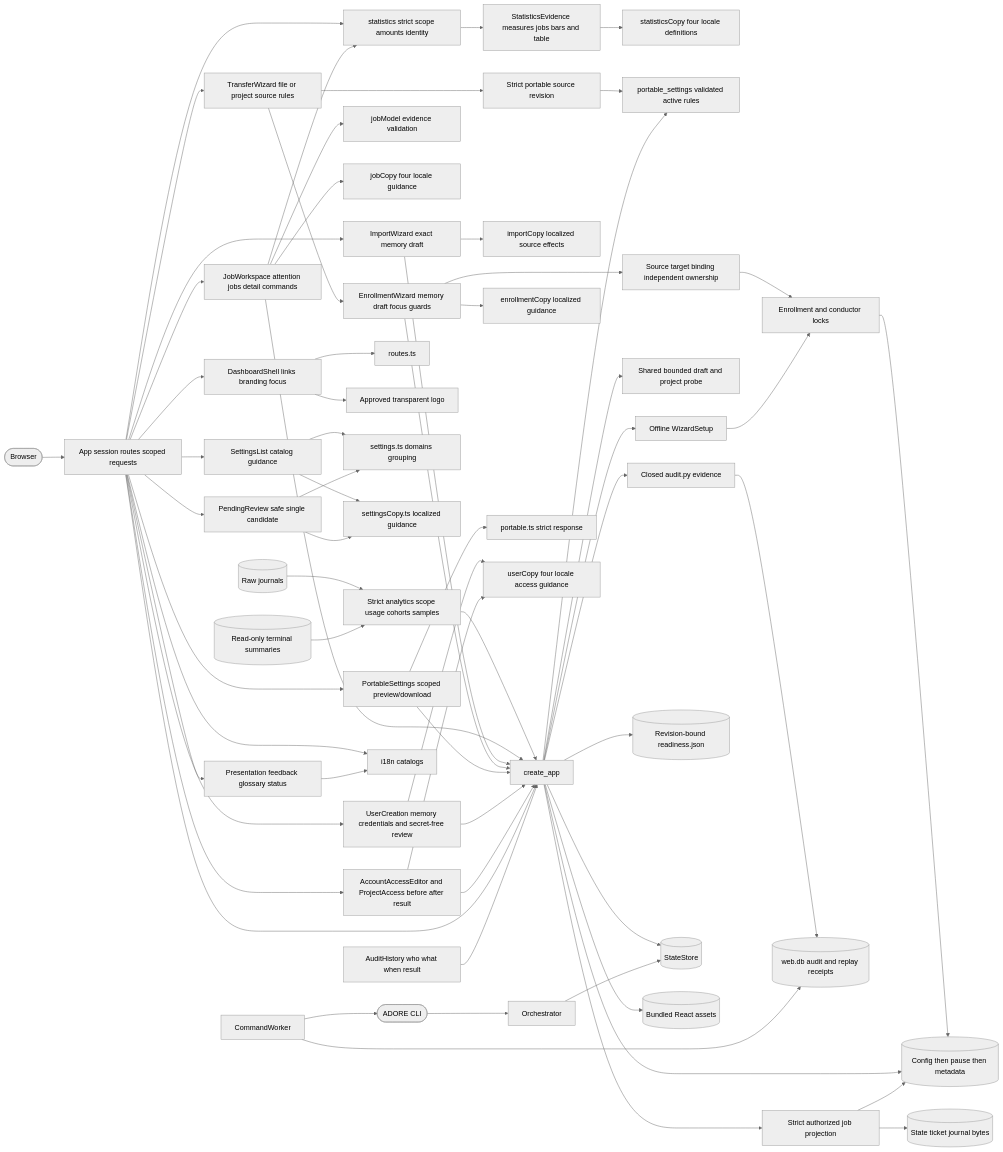
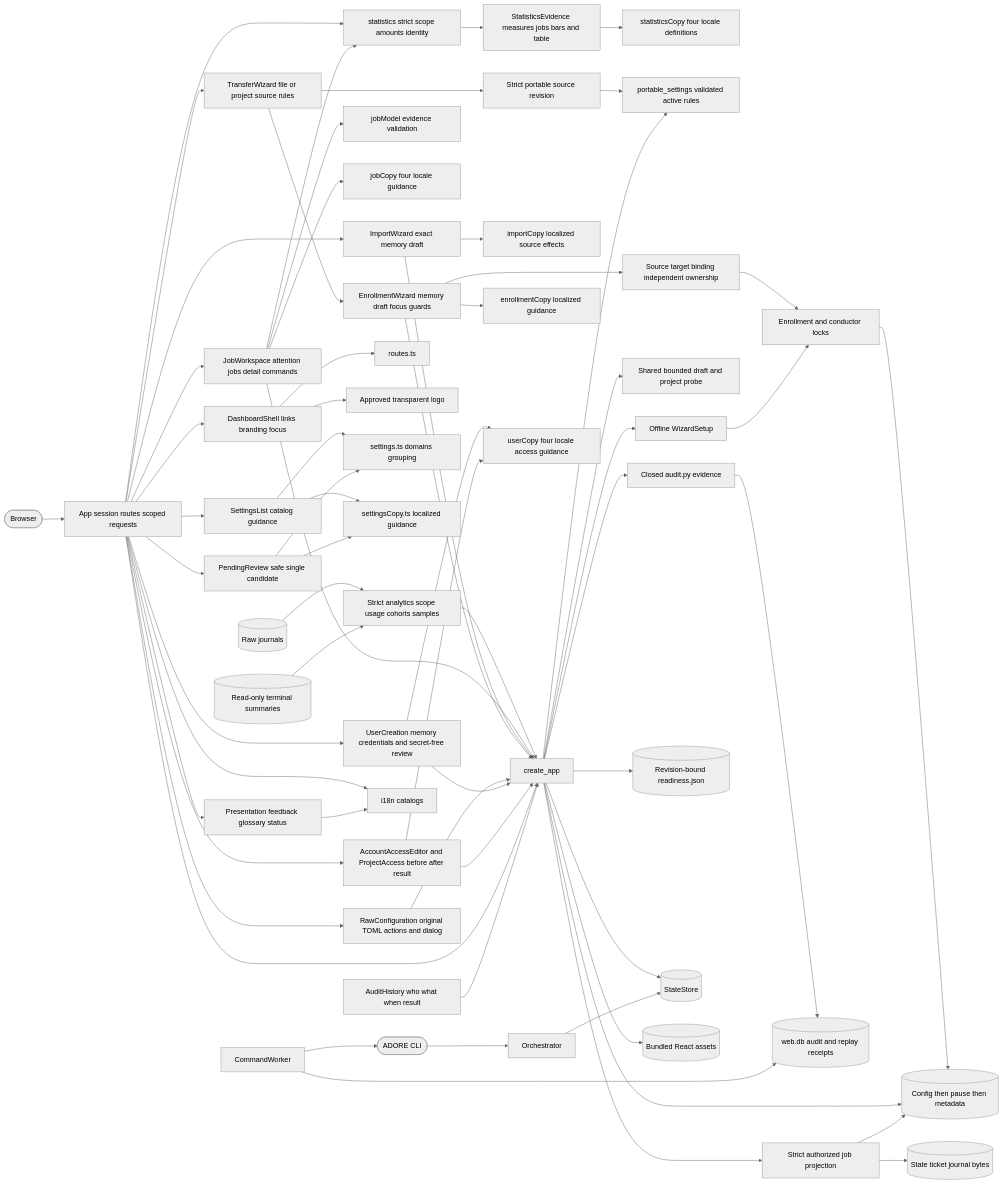
The diagram in .agentic/knowledge/web-interface.md (DDP-Engineering/AgenticDeliveryOrchestratorRuntimeEngine), drawn with Mermaid (neutral theme) before and after one commit. The commit also changed other lines of this file and 18 other files, not shown here.

Commit message:
Simplify Settings and add original TOML actions (REQ-UX-34ca5d39 REQ-SEC-3cf6cde4)

````diff
--- a/.agentic/knowledge/web-interface.md
+++ b/.agentic/knowledge/web-interface.md
@@ -473,67 +471,66 @@
 ```mermaid
 flowchart LR
     browser([Browser]) --> App[App session routes scoped requests]
     Journals[(Raw journals)] --> Analytics[Strict analytics scope usage cohorts samples]
     Summaries[(Read-only terminal summaries)] --> Analytics
     Analytics --> api
     App --> StatisticsReader[statistics strict scope amounts identity]
     JobWorkspace --> StatisticsReader
     StatisticsReader --> Evidence[StatisticsEvidence measures jobs bars and table]
     Evidence --> StatisticsCopy[statisticsCopy four locale definitions]
     App --> DashboardShell[DashboardShell links branding focus]
     App --> Presentation[Presentation feedback glossary status]
     App --> JobWorkspace[JobWorkspace attention jobs detail commands]
     JobWorkspace --> jobModel[jobModel evidence validation]
     JobWorkspace --> jobCopy[jobCopy four locale guidance]
     JobWorkspace --> api
     App --> ImportWizard[ImportWizard exact memory draft]
     ImportWizard --> importCopy[importCopy localized source effects]
     ImportWizard --> api
     App --> TransferWizard[TransferWizard file or project source rules]
     TransferWizard --> EnrollmentWizard[EnrollmentWizard memory draft focus guards]
     TransferWizard --> transferSource[Strict portable source revision]
     transferSource --> portableSource
     EnrollmentWizard --> transferTarget[Source target binding independent ownership]
     transferTarget --> publication
     EnrollmentWizard --> enrollmentCopy[enrollmentCopy localized guidance]
     EnrollmentWizard --> api
     api --> draftProbe[Shared bounded draft and project probe]
     DashboardShell --> routes[routes.ts]
     DashboardShell --> logo[Approved transparent logo]
     App --> SettingsList[SettingsList catalog guidance]
     App --> PendingReview[PendingReview safe single candidate]
     SettingsList --> settings[settings.ts domains grouping]
     PendingReview --> settings
     SettingsList --> settingsCopy[settingsCopy.ts localized guidance]
     PendingReview --> settingsCopy
-    App --> PortableSettings[PortableSettings scoped preview/download]
-    PortableSettings --> portable[portable.ts strict response]
-    PortableSettings --> api
+    App --> RawConfiguration[RawConfiguration original TOML actions and dialog]
+    RawConfiguration --> api
     api --> portableSource[portable_settings validated active rules]
     App --> UserCreation[UserCreation memory credentials and secret-free review]
     App --> AccessReview[AccountAccessEditor and ProjectAccess before after result]
     UserCreation --> userCopy[userCopy four locale access guidance]
     AccessReview --> userCopy
     UserCreation --> api
     AccessReview --> api
     App --> i18n[i18n catalogs]
     Presentation --> i18n
     App --> api[create_app]
     api --> audit[Closed audit.py evidence]
     audit --> identity[(web.db audit and replay receipts)]
     AuditHistory[AuditHistory who what when result] --> api
     api --> preparation[Offline WizardSetup]
     preparation --> publication[Enrollment and conductor locks]
     publication --> profiles[(Config then pause then metadata)]
     api --> profiles
     api --> verification[(Revision-bound readiness.json)]
     api --> state[(StateStore)]
     api --> jobs[Strict authorized job projection]
     jobs --> sources[(State ticket journal bytes)]
     jobs --> profiles
     api --> assets[(Bundled React assets)]
     worker[CommandWorker] --> identity
     worker --> cli([ADORE CLI])
     cli --> conductor[Orchestrator]
     conductor --> state
 ```
````
